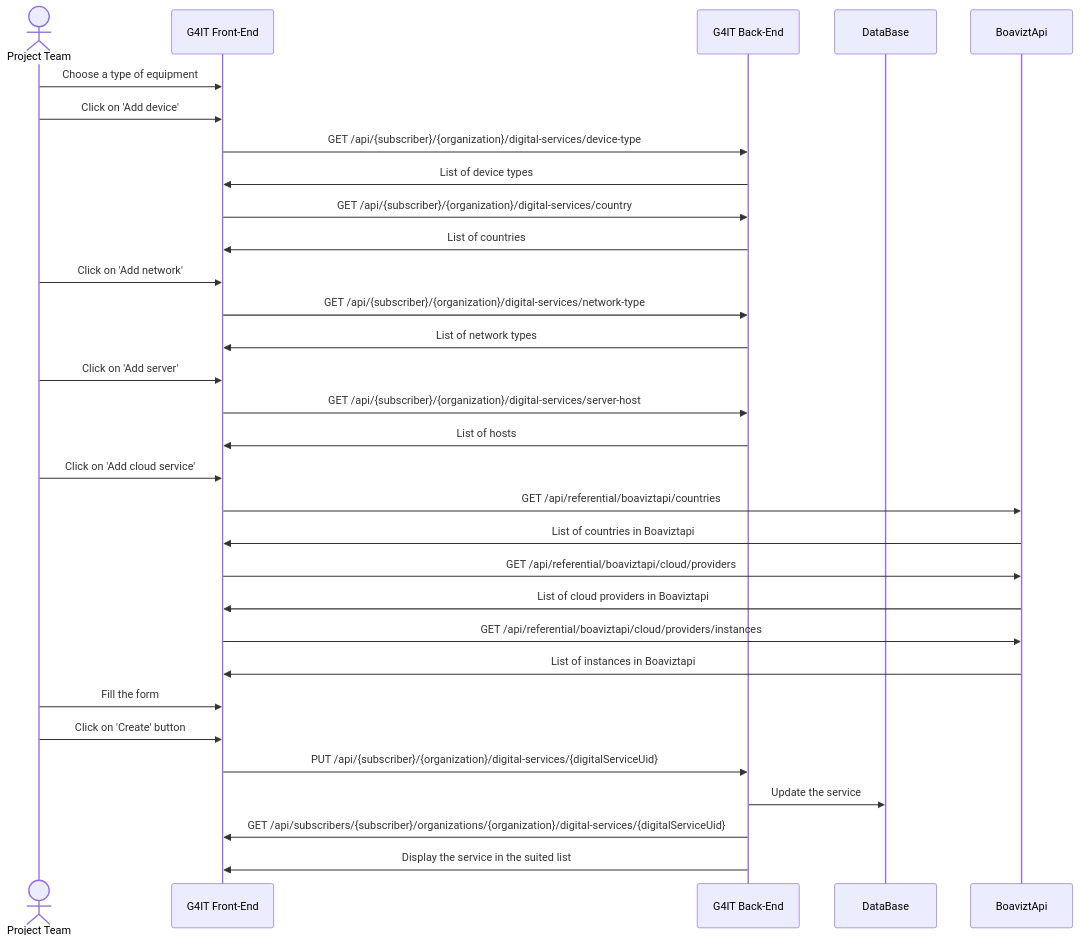
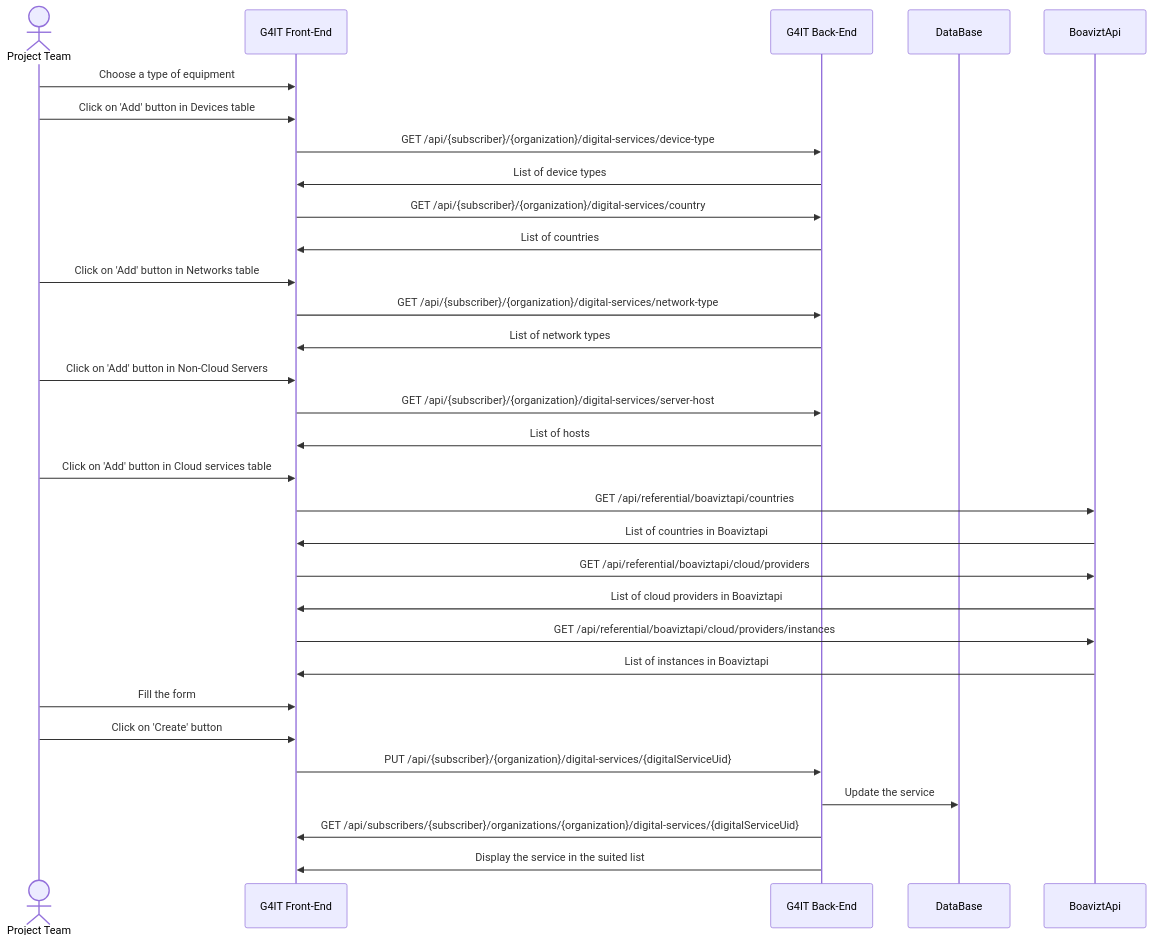
Before and after one commit to teamg4it/g4it: the second of 2 diagrams in services/documentation/content/2-functional-documentation/use_cases/uc_digital_services/uc3_add_visualize_equipments/_index.md, drawn with Mermaid. The commit also changed other lines of this file and 67 other files, not shown here.

```diff
--- a/services/documentation/content/2-functional-documentation/use_cases/uc_digital_services/uc3_add_visualize_equipments/_index.md
+++ b/services/documentation/content/2-functional-documentation/use_cases/uc_digital_services/uc3_add_visualize_equipments/_index.md
@@ -56,38 +56,38 @@
 {{< mermaid >}}
 sequenceDiagram
 actor RND as Project Team
 participant front as G4IT Front-End
 participant back as G4IT Back-End
 participant DataBase
 participant BoaviztApi
 
 RND ->> front: Choose a type of equipment
-RND ->> front: Click on 'Add device'
+RND ->> front: Click on 'Add' button in Devices table
 front ->> back: GET /api/{subscriber}/{organization}/digital-services/device-type
 back ->> front: List of device types
 front ->> back: GET /api/{subscriber}/{organization}/digital-services/country
 back ->> front: List of countries
-RND ->> front: Click on 'Add network'
+RND ->> front: Click on 'Add' button in Networks table
 front ->> back: GET /api/{subscriber}/{organization}/digital-services/network-type
 back ->> front: List of network types
-RND ->> front: Click on 'Add server'
+RND ->> front: Click on 'Add' button in Non-Cloud Servers
 front ->> back: GET /api/{subscriber}/{organization}/digital-services/server-host
 back ->> front: List of hosts
 
-RND ->> front: Click on 'Add cloud service'
+RND ->> front: Click on 'Add' button in Cloud services table
 front ->> BoaviztApi: GET /api/referential/boaviztapi/countries
 BoaviztApi ->> front: List of countries in Boaviztapi
 front ->> BoaviztApi: GET /api/referential/boaviztapi/cloud/providers
 BoaviztApi ->> front: List of cloud providers in Boaviztapi
 front ->> BoaviztApi: GET /api/referential/boaviztapi/cloud/providers/instances
 BoaviztApi ->> front: List of instances in Boaviztapi
 
 RND ->> front: Fill the form
 RND ->> front: Click on 'Create' button
 front ->> back: PUT /api/{subscriber}/{organization}/digital-services/{digitalServiceUid}
 
 back ->> DataBase: Update the service
 back ->> front: GET /api/subscribers/{subscriber}/organizations/{organization}/digital-services/{digitalServiceUid}
 back ->> front: Display the service in the suited list
 
 {{< /mermaid >}}
```
